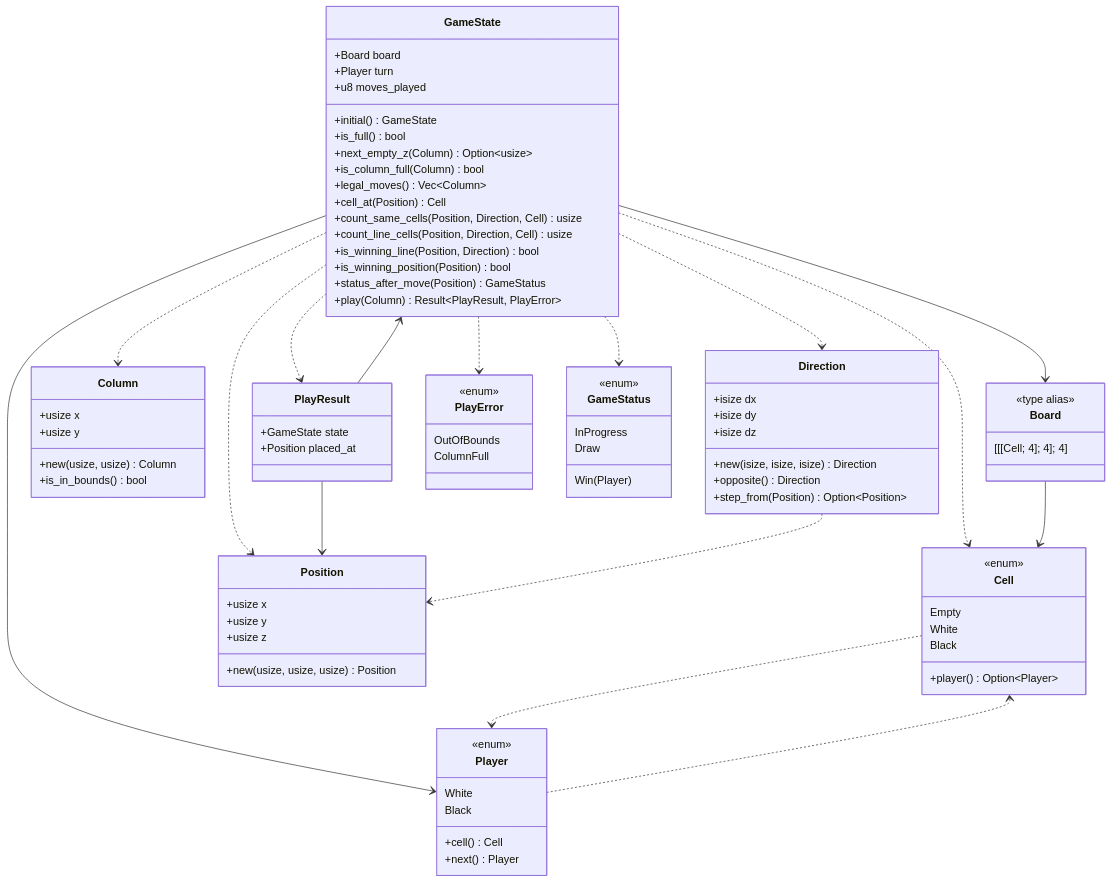
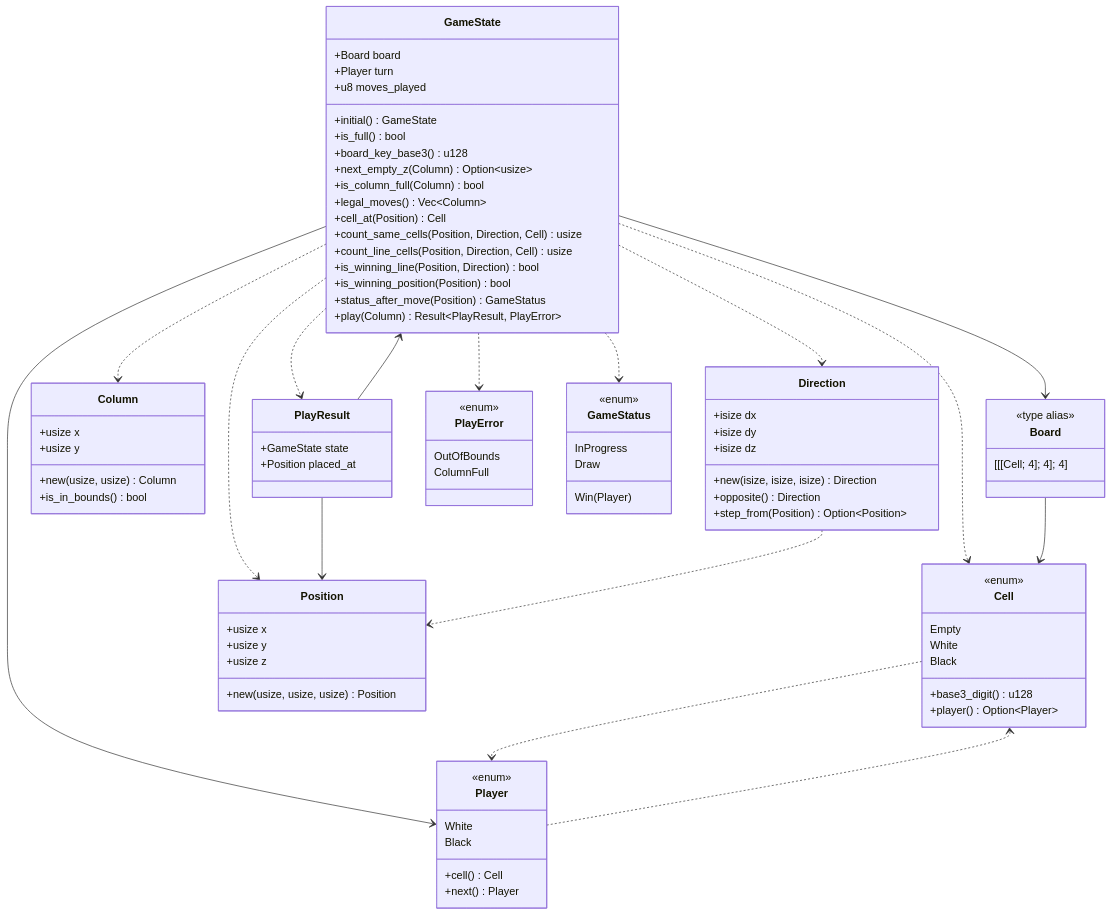
Before and after one commit to keiichiro-sonoda/rittai4moku: the first of 6 diagrams in docs/uml.md, drawn with Mermaid. The commit also changed other lines of this file and 4 other files, not shown here.

Commit message:
Add base3 digit conversion and board key generation for game state

```diff
--- a/docs/uml.md
+++ b/docs/uml.md
@@ -18,6 +18,7 @@
         +u8 moves_played
         +initial() GameState
         +is_full() bool
+        +board_key_base3() u128
         +next_empty_z(Column) Option~usize~
         +is_column_full(Column) bool
         +legal_moves() Vec~Column~
@@ -40,6 +41,7 @@
         Empty
         White
         Black
+        +base3_digit() u128
         +player() Option~Player~
     }
 
```
